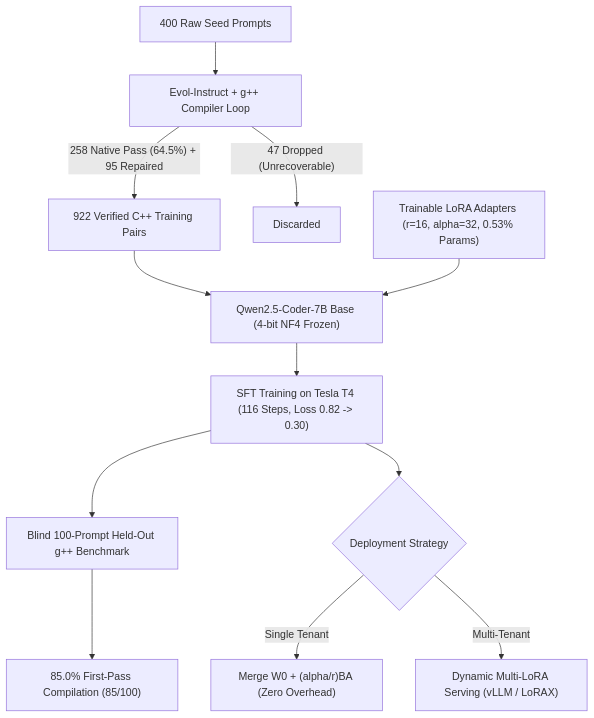
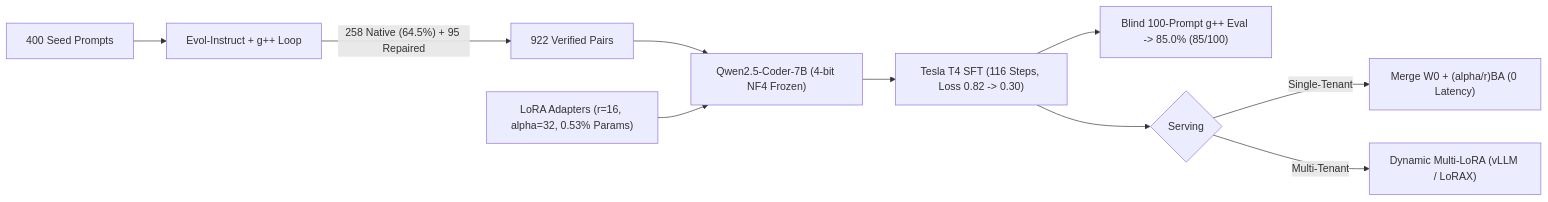
The diagram in 01-qlora-finetuning/README.md (LakshmiGanesh-Polepalli/llm-systems-architecture-glassdata-ai), drawn with Mermaid before and after one commit. The commit also changed other lines of this file, not shown here.

````diff
--- a/01-qlora-finetuning/README.md
+++ b/01-qlora-finetuning/README.md
@@ -5,14 +3,12 @@
 ```mermaid
-flowchart TD
-    A["400 Raw Seed Prompts"] --> B["Evol-Instruct + g++ Compiler Loop"]
-    B -->|"258 Native Pass (64.5%) + 95 Repaired"| C["922 Verified C++ Training Pairs"]
-    B -->|"47 Dropped (Unrecoverable)"| X["Discarded"]
-    C --> D["Qwen2.5-Coder-7B Base (4-bit NF4 Frozen)"]
-    E["Trainable LoRA Adapters (r=16, alpha=32, 0.53% Params)"] --> D
-    D --> F["SFT Training on Tesla T4 (116 Steps, Loss 0.82 -> 0.30)"]
-    F --> G["Blind 100-Prompt Held-Out g++ Benchmark"]
-    G --> H["85.0% First-Pass Compilation (85/100)"]
-    F --> I{"Deployment Strategy"}
-    I -->|"Single Tenant"| J["Merge W0 + (alpha/r)BA (Zero Overhead)"]
-    I -->|"Multi-Tenant"| K["Dynamic Multi-LoRA Serving (vLLM / LoRAX)"]
+flowchart LR
+    A["400 Seed Prompts"] --> B["Evol-Instruct + g++ Loop"]
+    B -->|"258 Native (64.5%) + 95 Repaired"| C["922 Verified Pairs"]
+    C --> D["Qwen2.5-Coder-7B (4-bit NF4 Frozen)"]
+    E["LoRA Adapters (r=16, alpha=32, 0.53% Params)"] --> D
+    D --> F["Tesla T4 SFT (116 Steps, Loss 0.82 -> 0.30)"]
+    F --> G["Blind 100-Prompt g++ Eval -> 85.0% (85/100)"]
+    F --> H{"Serving"}
+    H -->|"Single-Tenant"| I["Merge W0 + (alpha/r)BA (0 Latency)"]
+    H -->|"Multi-Tenant"| J["Dynamic Multi-LoRA (vLLM / LoRAX)"]
 ```
````
